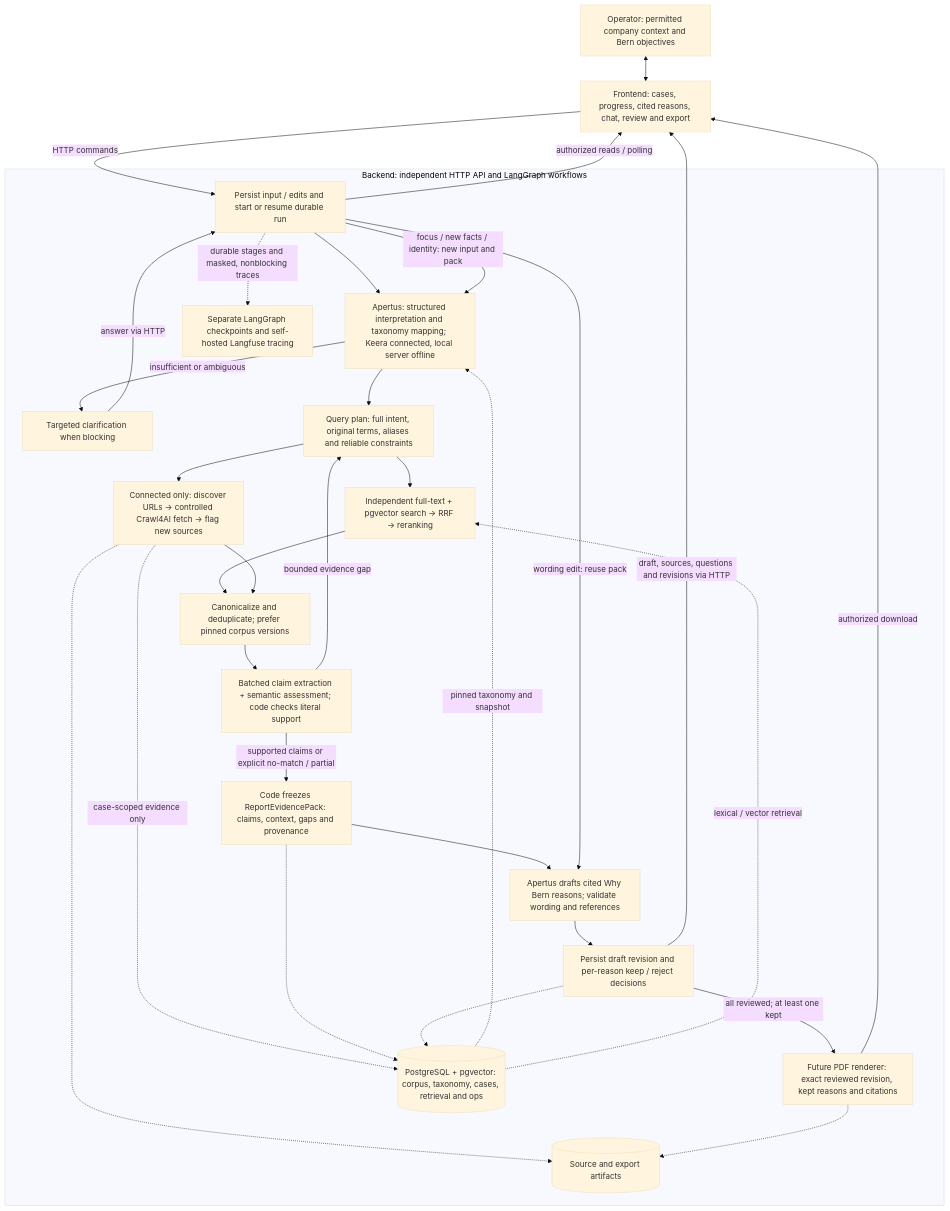
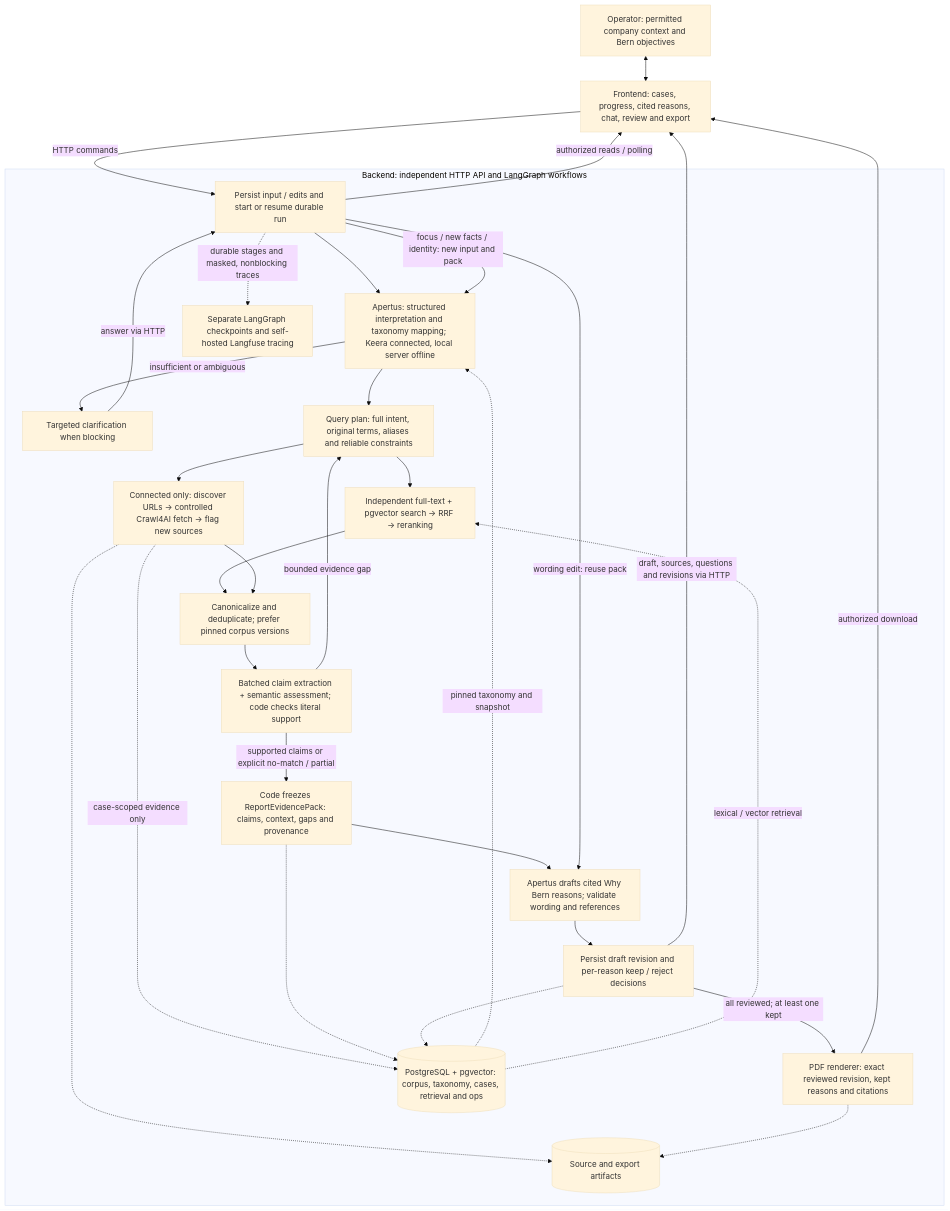
The diagram in docs/plans/EXECUTION_GRAPH.md (RenatoMignone/hack-apertus-b2b), drawn with Mermaid (base theme) before and after one commit. The commit also changed 80 other files, not shown here.

First line of the commit message:
feat: compose backend lanes and connect reviewed HTTP frontend

````diff
--- a/docs/plans/EXECUTION_GRAPH.md
+++ b/docs/plans/EXECUTION_GRAPH.md
@@ -1,52 +1,52 @@
 ```mermaid
 flowchart TB
-  %% Logical design; live adapters, HTTP graph and rendering remain feature work.
+  %% Implemented graph; see team/INTEGRATION.md for tested scope and live deployment gates.
   %% Frontend is separately owned; backend agents must not edit it.
   USER["Operator: permitted company context and Bern objectives"]
   UI["Frontend: cases, progress, cited reasons, chat, review and export"]
   USER <--> UI
   subgraph BACKEND["Backend: independent HTTP API and LangGraph workflows"]
     API["Persist input / edits and start or resume durable run"]
     INT["Apertus: structured interpretation and taxonomy mapping; Keera connected, local server offline"]
     ASK["Targeted clarification when blocking"]
     PLAN["Query plan: full intent, original terms, aliases and reliable constraints"]
     DBSEARCH["Independent full-text + pgvector search → RRF → reranking"]
     WEB["Connected only: discover URLs → controlled Crawl4AI fetch → flag new sources"]
     MERGE["Canonicalize and deduplicate; prefer pinned corpus versions"]
     VALID["Batched claim extraction + semantic assessment; code checks literal support"]
     PACK["Code freezes ReportEvidencePack: claims, context, gaps and provenance"]
     DRAFT["Apertus drafts cited Why Bern reasons; validate wording and references"]
     REVIEW["Persist draft revision and per-reason keep / reject decisions"]
-    PDF["Future PDF renderer: exact reviewed revision, kept reasons and citations"]
+    PDF["PDF renderer: exact reviewed revision, kept reasons and citations"]
     STORE[("PostgreSQL + pgvector: corpus, taxonomy, cases, retrieval and ops")]
     ART[("Source and export artifacts")]
     OBS["Separate LangGraph checkpoints and self-hosted Langfuse tracing"]
     API --> INT
     INT -->|"insufficient or ambiguous"| ASK
     ASK -->|"answer via HTTP"| API
     INT --> PLAN
     PLAN --> DBSEARCH
     PLAN --> WEB
     DBSEARCH --> MERGE
     WEB --> MERGE
     MERGE --> VALID
     VALID -->|"supported claims or explicit no-match / partial"| PACK
     VALID -->|"bounded evidence gap"| PLAN
     PACK --> DRAFT --> REVIEW
     REVIEW -->|"all reviewed; at least one kept"| PDF
     API -->|"wording edit: reuse pack"| DRAFT
     API -->|"focus / new facts / identity: new input and pack"| INT
     STORE -. "pinned taxonomy and snapshot" .-> INT
     STORE -. "lexical / vector retrieval" .-> DBSEARCH
     WEB -. "case-scoped evidence only" .-> STORE
     WEB -.-> ART
     PACK -.-> STORE
     REVIEW -.-> STORE
     PDF -.-> ART
     API -. "durable stages and masked, nonblocking traces" .-> OBS
   end
   UI -->|"HTTP commands"| API
   API -->|"authorized reads / polling"| UI
   REVIEW -->|"draft, sources, questions and revisions via HTTP"| UI
   PDF -->|"authorized download"| UI
 ```
````
